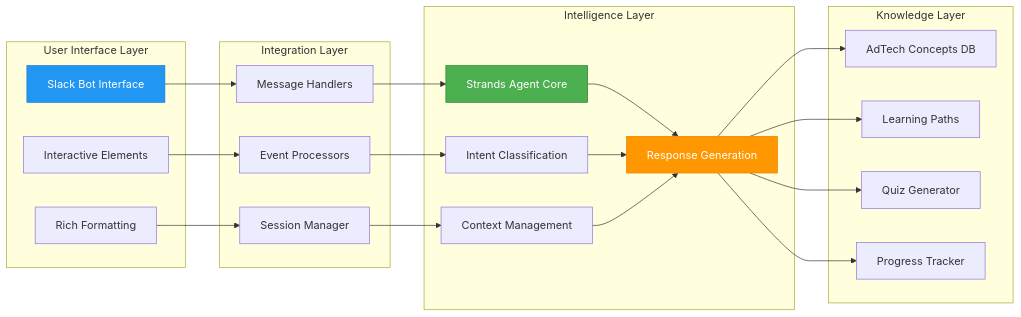
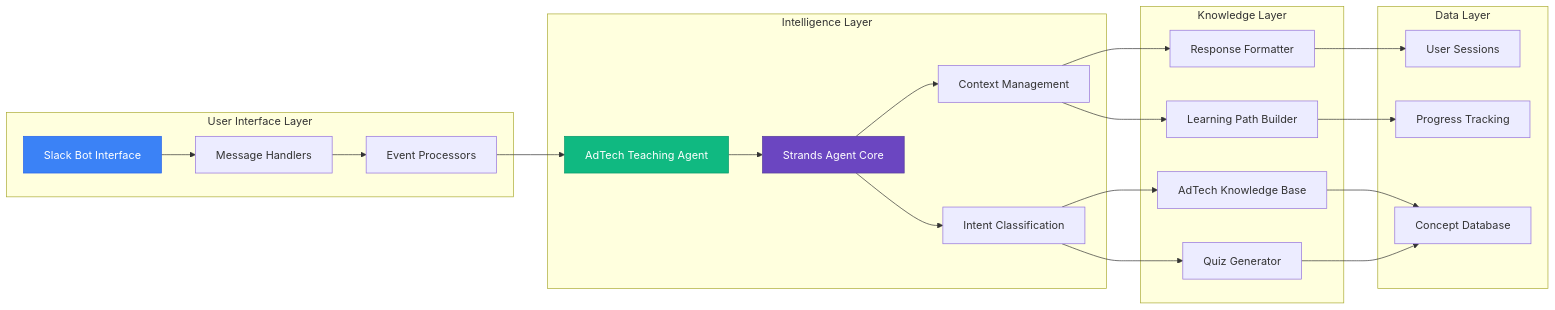
One commit to bkeelapudi/Adtech-tech-teaching-assistant changed the second of 14 diagrams in blog_post.md. Above: the diagram before and after it, drawn with Mermaid. The commit also changed other lines of this file, not shown here.

````diff
--- a/blog_post.md
+++ b/blog_post.md
@@ -50,49 +72,50 @@
 ```mermaid
 graph LR
     subgraph "User Interface Layer"
         A[Slack Bot Interface]
-        B[Interactive Elements]
-        C[Rich Formatting]
+        B[Message Handlers]
+        C[Event Processors]
     end
     
     subgraph "Intelligence Layer"
-        D[Strands Agent Core]
-        E[Intent Classification]
-        F[Context Management]
-        G[Response Generation]
+        D[AdTech Teaching Agent]
+        E[Strands Agent Core]
+        F[Intent Classification]
+        G[Context Management]
     end
     
     subgraph "Knowledge Layer"
-        H[AdTech Concepts DB]
-        I[Learning Paths]
-        J[Quiz Generator]
-        K[Progress Tracker]
+        H[AdTech Knowledge Base]
+        I[Quiz Generator]
+        J[Response Formatter]
+        K[Learning Path Builder]
     end
     
-    subgraph "Integration Layer"
-        L[Message Handlers]
-        M[Event Processors]
-        N[Session Manager]
+    subgraph "Data Layer"
+        L[User Sessions]
+        M[Progress Tracking]
+        N[Concept Database]
     end
     
-    A --> L
-    B --> M
-    C --> N
+    A --> B
+    B --> C
+    C --> D
     
-    L --> D
-    M --> E
-    N --> F
+    D --> E
+    E --> F
+    E --> G
     
-    D --> G
-    E --> G
-    F --> G
-    
-    G --> H
-    G --> I
+    F --> H
+    F --> I
     G --> J
     G --> K
     
-    style D fill:#4CAF50,stroke:#2E7D32,color:#fff
-    style G fill:#FF9800,stroke:#F57C00,color:#fff
-    style A fill:#2196F3,stroke:#1976D2,color:#fff
+    H --> N
+    I --> N
+    J --> L
+    K --> M
+    
+    style E fill:#6B46C1,stroke:#553C9A,color:#fff
+    style D fill:#10B981,stroke:#059669,color:#fff
+    style A fill:#3B82F6,stroke:#2563EB,color:#fff
 ```
````
